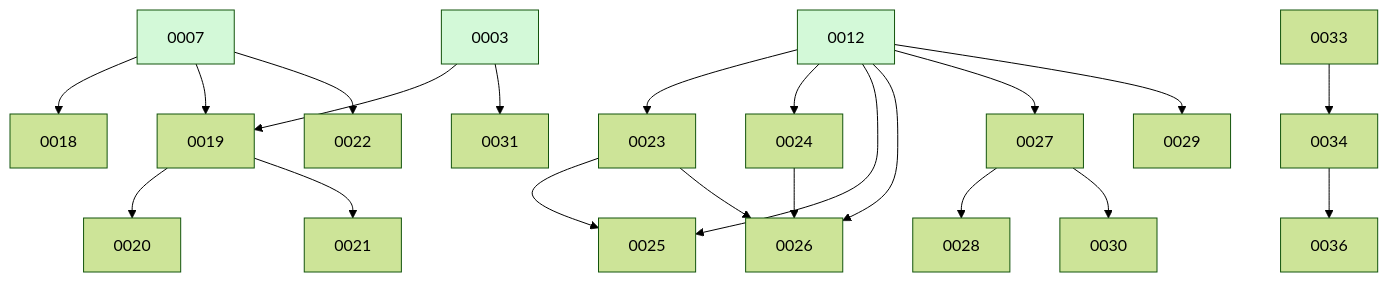
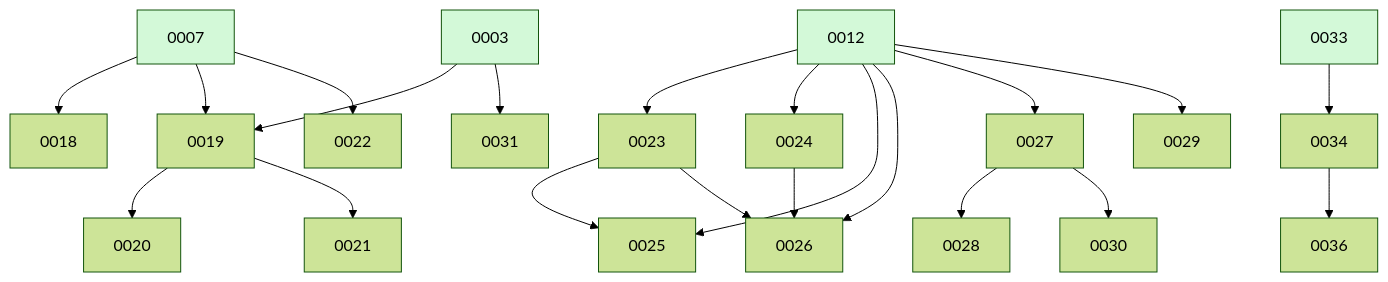
Before and after one commit to ethanhinson/fuse: the diagram in docs/changes/BOARD.md, drawn with Mermaid (forest theme). The commit also changed other lines of this file, not shown here.

````diff
--- a/docs/changes/BOARD.md
+++ b/docs/changes/BOARD.md
@@ -32,28 +26,28 @@
 ```mermaid
 graph TD
   0007 --> 0018
   0003 --> 0019
   0007 --> 0019
   0019 --> 0020
   0019 --> 0021
   0007 --> 0022
   0012 --> 0023
   0012 --> 0024
   0012 --> 0025
   0023 --> 0025
   0012 --> 0026
   0023 --> 0026
   0024 --> 0026
   0012 --> 0027
   0027 --> 0028
   0012 --> 0029
   0027 --> 0030
   0003 --> 0031
-  0033
   0033 --> 0034
   0034 --> 0036
   0003:::done
   0007:::done
   0012:::done
+  0033:::done
   classDef done fill:#d3f9d8;
 ```
````
